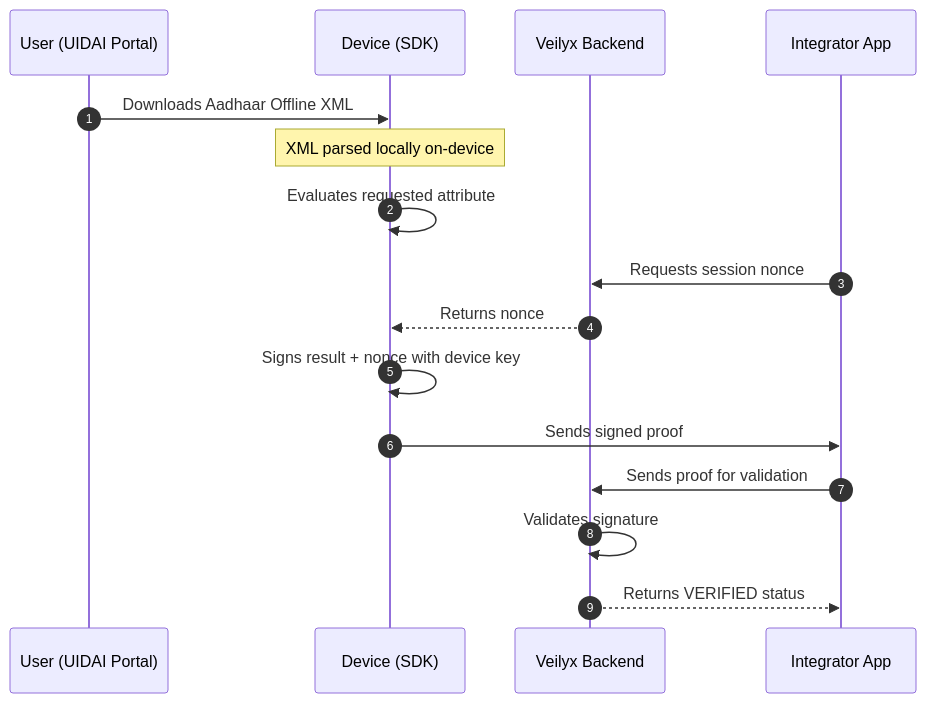
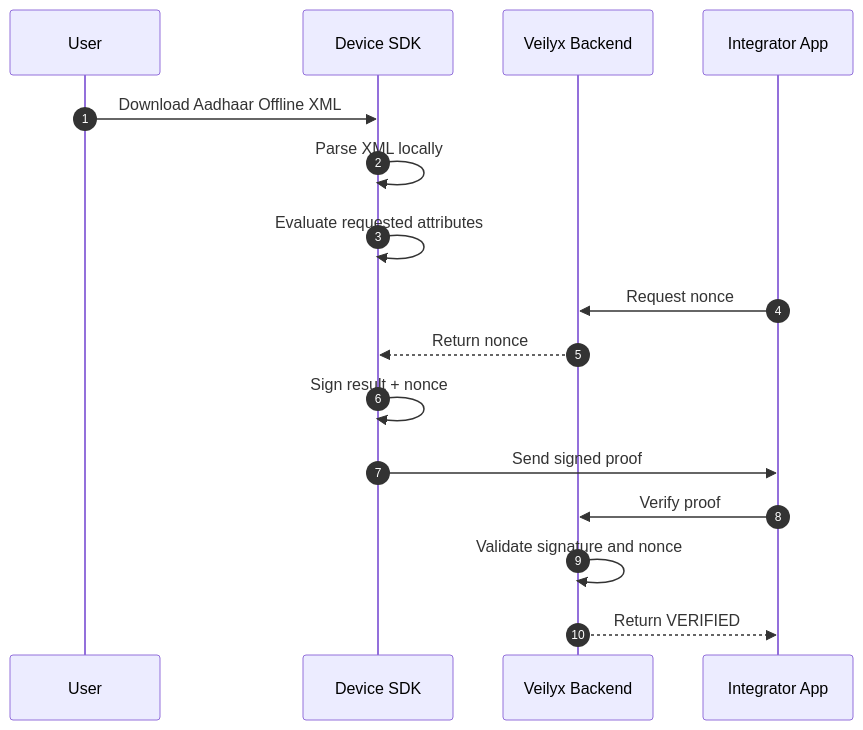
One commit to shashwatkhandelwal-debug/veilyx changed the diagram in README.md. Above: the diagram before and after it, drawn with Mermaid. The commit also changed other lines of this file, not shown here.

````diff
--- a/README.md
+++ b/README.md
@@ -114,19 +119,19 @@
 ```mermaid
 sequenceDiagram
     autonumber
-    participant U as User (UIDAI Portal)
-    participant D as Device (SDK)
+    participant U as User
+    participant D as Device SDK
     participant V as Veilyx Backend
     participant A as Integrator App
 
-    U->>D: Downloads Aadhaar Offline XML
-    Note over D: XML parsed locally on-device
-    D->>D: Evaluates requested attribute
-    A->>V: Requests session nonce
-    V-->>D: Returns nonce
-    D->>D: Signs result + nonce with device key
-    D->>A: Sends signed proof
-    A->>V: Sends proof for validation
-    V->>V: Validates signature
-    V-->>A: Returns VERIFIED status
+    U->>D: Download Aadhaar Offline XML
+    D->>D: Parse XML locally
+    D->>D: Evaluate requested attributes
+    A->>V: Request nonce
+    V-->>D: Return nonce
+    D->>D: Sign result + nonce
+    D->>A: Send signed proof
+    A->>V: Verify proof
+    V->>V: Validate signature and nonce
+    V-->>A: Return VERIFIED
 ```
````
